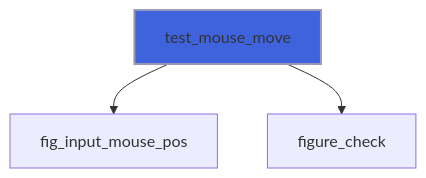
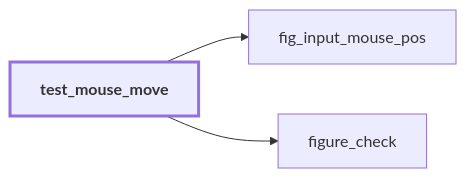
Diagram 15 of 57 in docs/api/src/lib/figure_testing.md (szaghi/figure), drawn with Mermaid before and after one commit. The commit also changed other lines of this file and 54 other files, not shown here.

````diff
--- a/docs/api/src/lib/figure_testing.md
+++ b/docs/api/src/lib/figure_testing.md
@@ -470,6 +561,9 @@
 ```mermaid
-flowchart TD
+flowchart LR
   test_mouse_move["test_mouse_move"] --> fig_input_mouse_pos["fig_input_mouse_pos"]
   test_mouse_move["test_mouse_move"] --> figure_check["figure_check"]
-  style test_mouse_move fill:#3e63dd,stroke:#99b,stroke-width:2px
+  classDef focus stroke-width:3px,font-weight:bold
+  class test_mouse_move focus
+  click figure_check href "figure_base.html#figure-check" "figure_check"
+  click fig_input_mouse_pos href "figure_c_native.html#fig-input-mouse-pos" "fig_input_mouse_pos"
 ```
````
